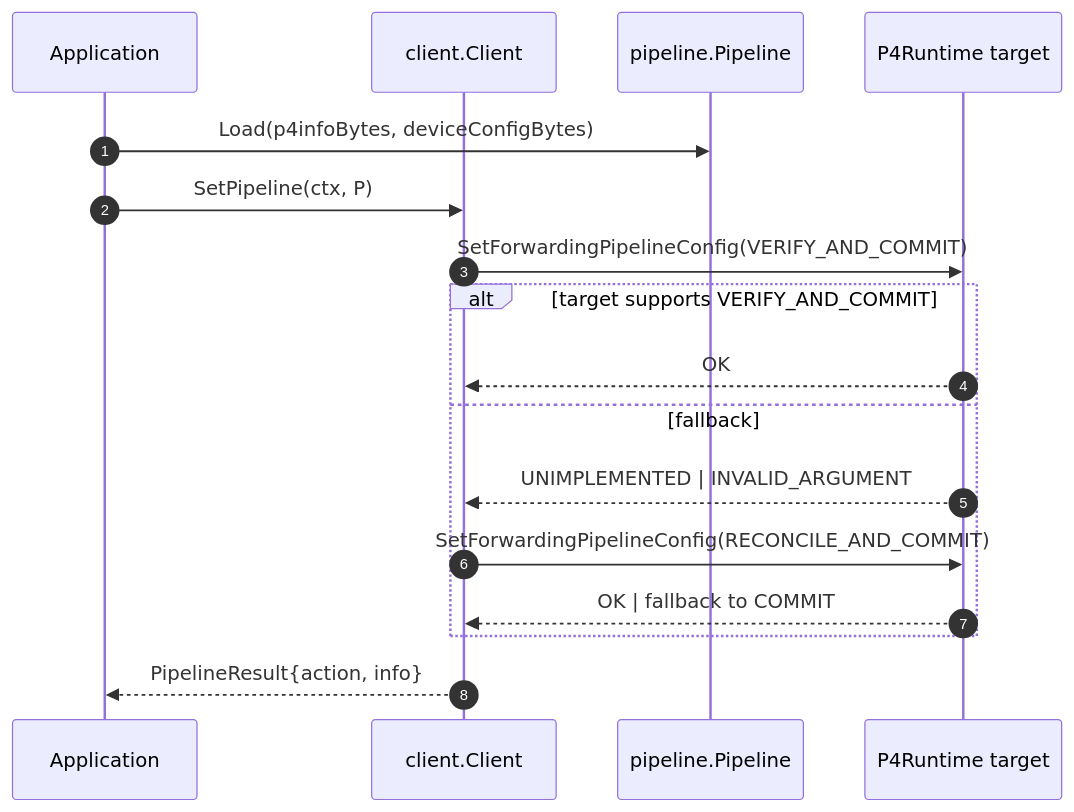
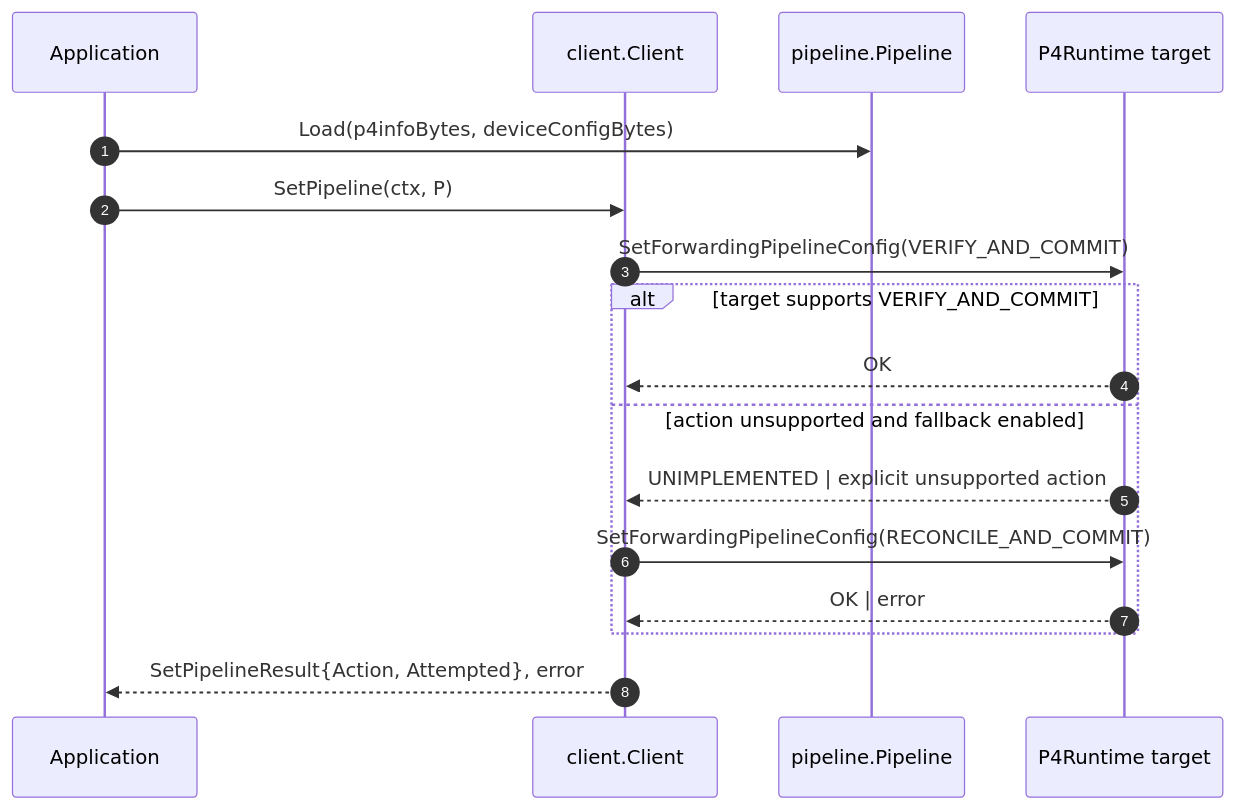
Before and after one commit to zhh2001/p4runtime-go-controller: the third of 5 diagrams in ARCHITECTURE.md, drawn with Mermaid. The commit also changed other lines of this file and 9 other files, not shown here.

````diff
--- a/ARCHITECTURE.md
+++ b/ARCHITECTURE.md
@@ -50,20 +50,20 @@
 ```mermaid
 sequenceDiagram
     autonumber
     participant App as Application
     participant C as client.Client
     participant P as pipeline.Pipeline
     participant T as P4Runtime target
 
     App->>P: Load(p4infoBytes, deviceConfigBytes)
     App->>C: SetPipeline(ctx, P)
     C->>T: SetForwardingPipelineConfig(VERIFY_AND_COMMIT)
     alt target supports VERIFY_AND_COMMIT
         T-->>C: OK
-    else fallback
-        T-->>C: UNIMPLEMENTED | INVALID_ARGUMENT
+    else action unsupported and fallback enabled
+        T-->>C: UNIMPLEMENTED | explicit unsupported action
         C->>T: SetForwardingPipelineConfig(RECONCILE_AND_COMMIT)
-        T-->>C: OK | fallback to COMMIT
+        T-->>C: OK | error
     end
-    C-->>App: PipelineResult{action, info}
+    C-->>App: SetPipelineResult{Action, Attempted}, error
 ```
````
